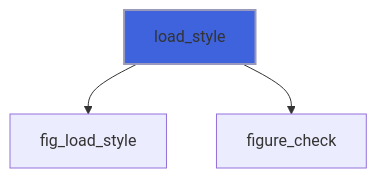
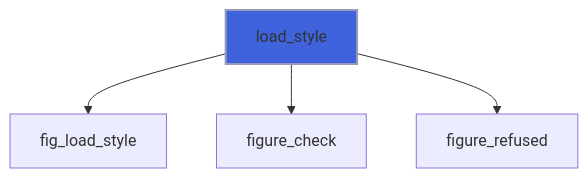
Before and after one commit to szaghi/figure: diagram 13 of 41 in docs/api/src/lib/figure_app.md, drawn with Mermaid. The commit also changed other lines of this file and 10 other files, not shown here.

````diff
--- a/docs/api/src/lib/figure_app.md
+++ b/docs/api/src/lib/figure_app.md
@@ -539,6 +574,7 @@
 ```mermaid
 flowchart TD
   load_style["load_style"] --> fig_load_style["fig_load_style"]
   load_style["load_style"] --> figure_check["figure_check"]
+  load_style["load_style"] --> figure_refused["figure_refused"]
   style load_style fill:#3e63dd,stroke:#99b,stroke-width:2px
 ```
````
